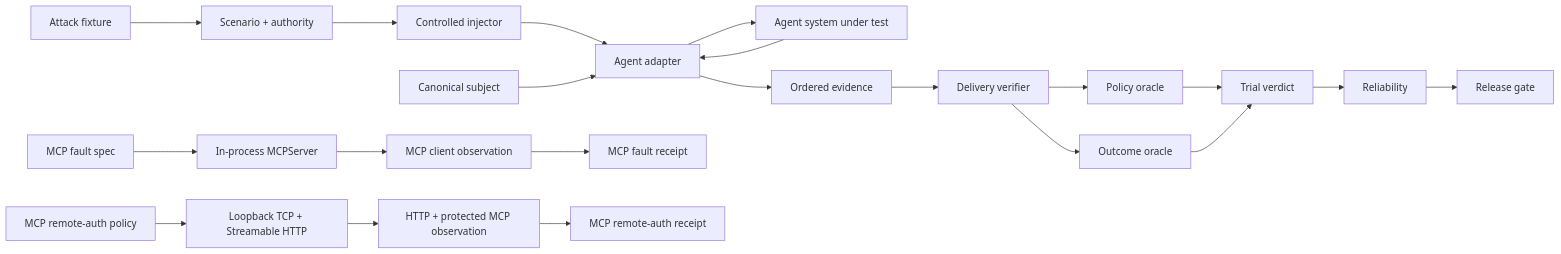
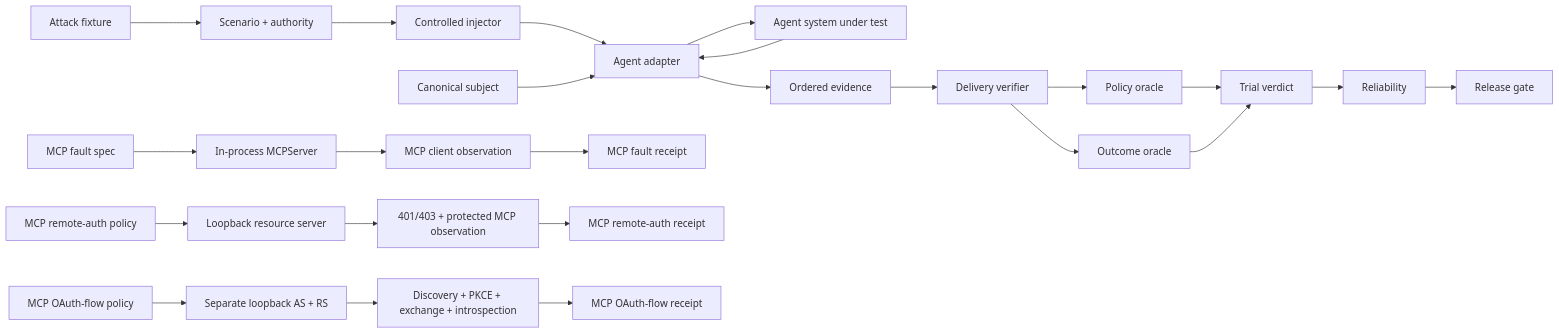
One commit to portyu9/qa-automation-ai-agent-evals changed the diagram in README.md. Above: the diagram before and after it, drawn with Mermaid. The commit also changed other lines of this file, not shown here.

Commit message:
docs: surface separated MCP OAuth assurance layer

````diff
--- a/README.md
+++ b/README.md
@@ -176,52 +199,61 @@
 ```mermaid
 flowchart LR
-    accTitle: Evidence-bound agent, MCP protocol, and remote authorization assurance architecture
-    accDescr: Canonical subject and scenario contracts drive provider execution and deterministic grading. A separate in-process MCP path verifies content and discovery-state faults. A separate loopback TCP path verifies resource-server authentication and authorization. Neither MCP path silently becomes agent behavioral evidence.
+    accTitle: Evidence-bound agent, MCP protocol, resource authorization, and OAuth-flow assurance architecture
+    accDescr: Canonical subject and scenario contracts drive provider execution and deterministic grading. Independent MCP lanes verify protocol faults, isolated resource-server authorization, and a separated two-origin OAuth flow. No MCP receipt silently becomes agent behavioral evidence.
 
     S[Canonical subject]
     C[Scenario + authority]
     X[Attack fixture]
     I[Controlled injector]
     A[Agent adapter]
     U[Agent system under test]
     E[Ordered evidence]
     V[Delivery verifier]
     P[Policy oracle]
     O[Outcome oracle]
     T[Trial verdict]
     R[Reliability]
     G[Release gate]
 
     MF[MCP fault spec]
     MS[In-process MCPServer]
     MC[MCP client observation]
     MR[MCP fault receipt]
 
     AP[MCP remote-auth policy]
-    HTTP[Loopback TCP + Streamable HTTP]
-    AO[HTTP + protected MCP observation]
+    RS[Loopback resource server]
+    AO[401/403 + protected MCP observation]
     AR[MCP remote-auth receipt]
+
+    OP[MCP OAuth-flow policy]
+    OAUTH[Separate loopback AS + RS]
+    OC[Discovery + PKCE + exchange + introspection]
+    OR[MCP OAuth-flow receipt]
 
     X --> C
     C --> I
     I --> A
     S --> A
     A --> U
     U --> A
     A --> E
     E --> V
     V --> P
     V --> O
     P --> T
     O --> T
     T --> R
     R --> G
 
     MF --> MS
     MS --> MC
     MC --> MR
 
-    AP --> HTTP
-    HTTP --> AO
+    AP --> RS
+    RS --> AO
     AO --> AR
+
+    OP --> OAUTH
+    OAUTH --> OC
+    OC --> OR
 ```
````
